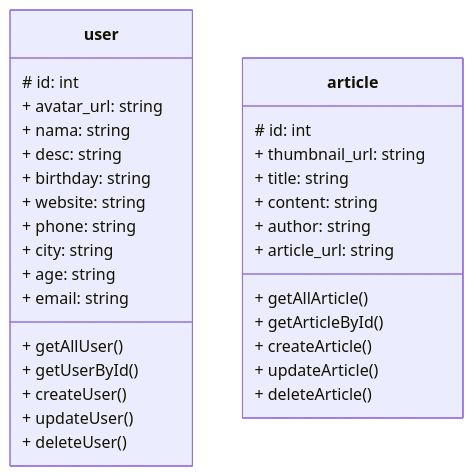
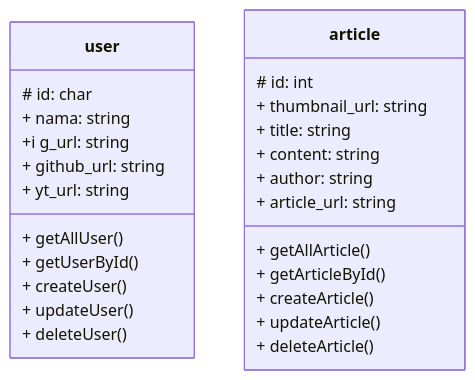
Before and after one commit to Hahan21/tekweb2022.github.io: the diagram in contents/myApi_Points.md, drawn with Mermaid.

````diff
--- a/contents/myApi_Points.md
+++ b/contents/myApi_Points.md
@@ -243,33 +243,29 @@
 ```mermaid
 classDiagram
     class user{
-        # id: int
-        + avatar_url: string
+        # id: char
         + nama: string
-        + desc: string
-        + birthday: string
-        + website: string
-        + phone: string
-        + city: string
-        + age: string
-        + email: string
+        +i g_url: string
+        + github_url: string
+        + yt_url: string
+
         + getAllUser()
         + getUserById()
         + createUser()
         + updateUser()
         + deleteUser()
     }
     class article{
         # id: int
         + thumbnail_url: string
         + title: string
         + content: string
         + author: string
         + article_url: string
         + getAllArticle()
         + getArticleById()
         + createArticle()
         + updateArticle()
         + deleteArticle()
     }
 ```
````
